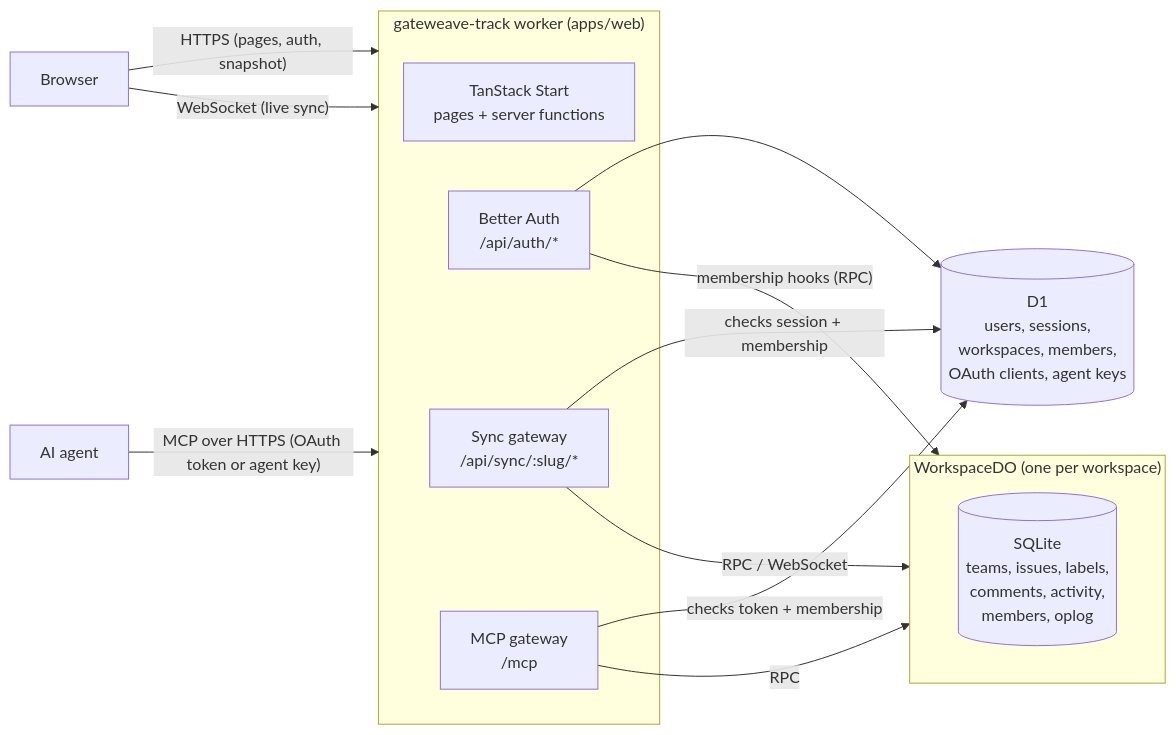
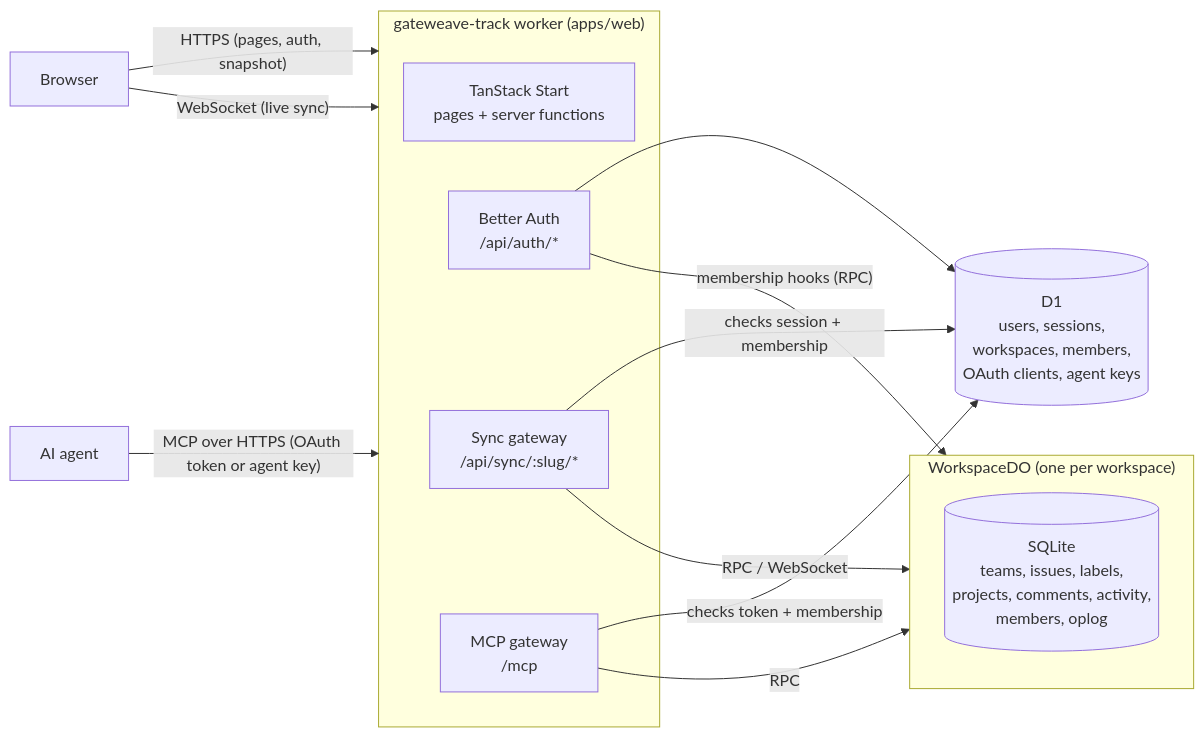
Before and after one commit to gateweavehq/track: the diagram in docs/architecture.md, drawn with Mermaid. The commit also changed other lines of this file and 57 other files, not shown here.

First line of the commit message:
feat: projects that group issues across teams (TRK-30) (#53)

````diff
--- a/docs/architecture.md
+++ b/docs/architecture.md
@@ -8,21 +8,21 @@
 ```mermaid
 flowchart LR
   Browser -- "HTTPS (pages, auth, snapshot)" --> Worker
   Browser -- "WebSocket (live sync)" --> Worker
   Agent["AI agent"] -- "MCP over HTTPS (OAuth token or agent key)" --> Worker
   subgraph Worker["gateweave-track worker (apps/web)"]
     Start["TanStack Start<br/>pages + server functions"]
     Auth["Better Auth<br/>/api/auth/*"]
     Gateway["Sync gateway<br/>/api/sync/:slug/*"]
     Mcp["MCP gateway<br/>/mcp"]
   end
   Auth --> D1[("D1<br/>users, sessions,<br/>workspaces, members,<br/>OAuth clients, agent keys")]
   Gateway -- "checks session + membership" --> D1
   Gateway -- "RPC / WebSocket" --> DO
   Mcp -- "checks token + membership" --> D1
   Mcp -- "RPC" --> DO
   Auth -- "membership hooks (RPC)" --> DO
   subgraph DO["WorkspaceDO (one per workspace)"]
-    SQLite[("SQLite<br/>teams, issues, labels,<br/>comments, activity,<br/>members, oplog")]
+    SQLite[("SQLite<br/>teams, issues, labels,<br/>projects, comments, activity,<br/>members, oplog")]
   end
 ```
````
